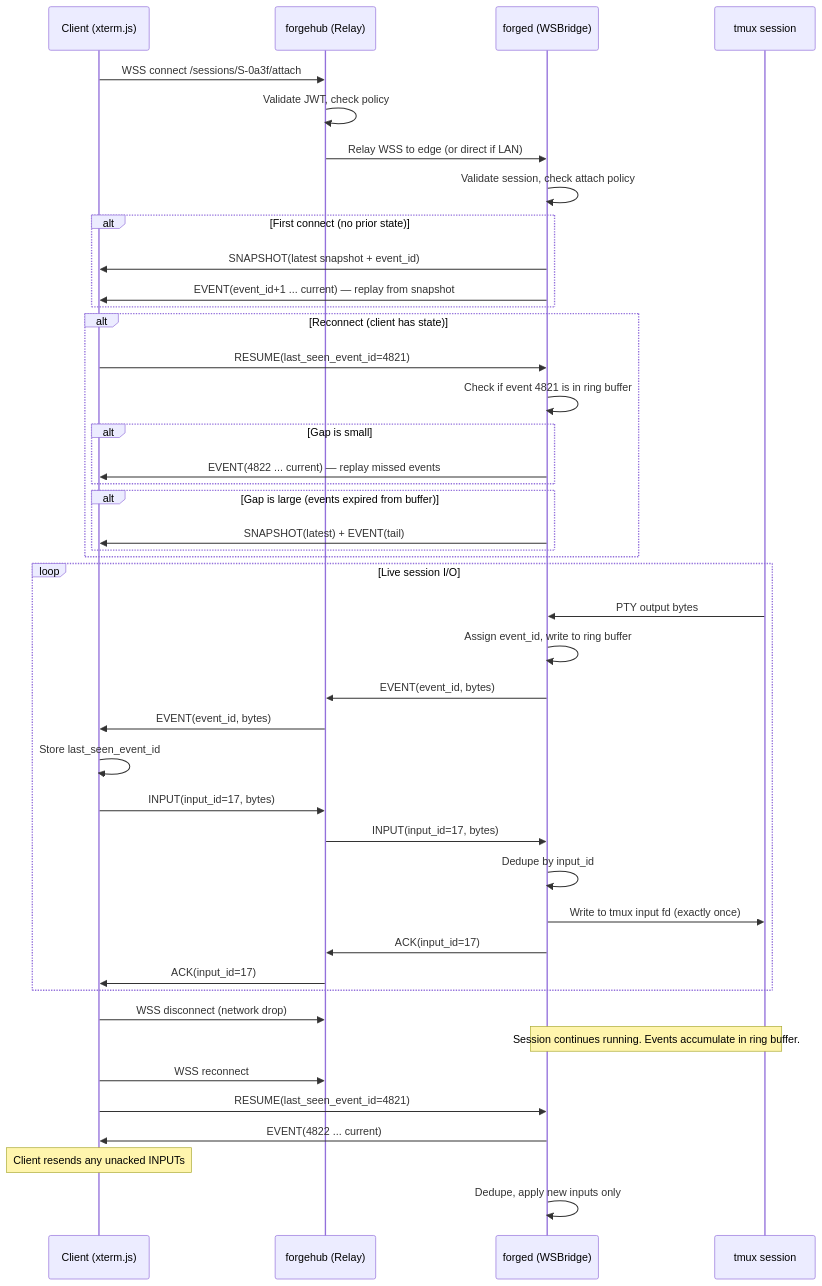
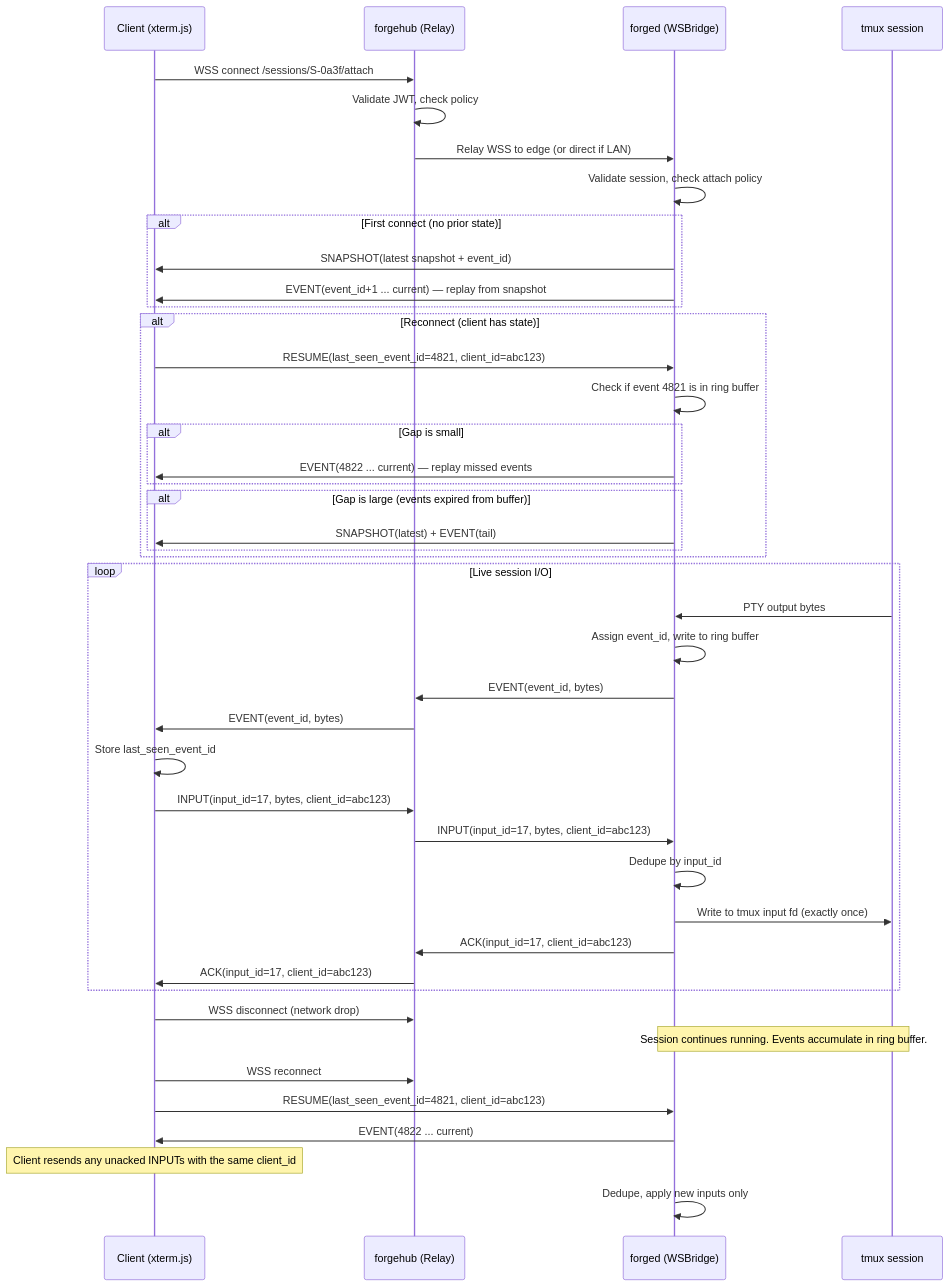
The eighth of 13 diagrams in docs/specs/design.md (jonochang/forgemux), drawn with Mermaid before and after one commit. The commit also changed other lines of this file, not shown here.

````diff
--- a/docs/specs/design.md
+++ b/docs/specs/design.md
@@ -816,51 +816,51 @@
 ```mermaid
 sequenceDiagram
     participant C as Client (xterm.js)
     participant H as forgehub (Relay)
     participant E as forged (WSBridge)
     participant T as tmux session
 
     C->>H: WSS connect /sessions/S-0a3f/attach
     H->>H: Validate JWT, check policy
     H->>E: Relay WSS to edge (or direct if LAN)
     E->>E: Validate session, check attach policy
 
     alt First connect (no prior state)
         E->>C: SNAPSHOT(latest snapshot + event_id)
         E->>C: EVENT(event_id+1 ... current) — replay from snapshot
     end
 
     alt Reconnect (client has state)
-        C->>E: RESUME(last_seen_event_id=4821)
+        C->>E: RESUME(last_seen_event_id=4821, client_id=abc123)
         E->>E: Check if event 4821 is in ring buffer
         alt Gap is small
             E->>C: EVENT(4822 ... current) — replay missed events
         end
         alt Gap is large (events expired from buffer)
             E->>C: SNAPSHOT(latest) + EVENT(tail)
         end
     end
 
     loop Live session I/O
         T->>E: PTY output bytes
         E->>E: Assign event_id, write to ring buffer
         E->>H: EVENT(event_id, bytes)
         H->>C: EVENT(event_id, bytes)
         C->>C: Store last_seen_event_id
 
-        C->>H: INPUT(input_id=17, bytes)
-        H->>E: INPUT(input_id=17, bytes)
+        C->>H: INPUT(input_id=17, bytes, client_id=abc123)
+        H->>E: INPUT(input_id=17, bytes, client_id=abc123)
         E->>E: Dedupe by input_id
         E->>T: Write to tmux input fd (exactly once)
-        E->>H: ACK(input_id=17)
-        H->>C: ACK(input_id=17)
+        E->>H: ACK(input_id=17, client_id=abc123)
+        H->>C: ACK(input_id=17, client_id=abc123)
     end
 
     C->>H: WSS disconnect (network drop)
     Note over E,T: Session continues running. Events accumulate in ring buffer.
     C->>H: WSS reconnect
-    C->>E: RESUME(last_seen_event_id=4821)
+    C->>E: RESUME(last_seen_event_id=4821, client_id=abc123)
     E->>C: EVENT(4822 ... current)
-    Note over C: Client resends any unacked INPUTs
+    Note over C: Client resends any unacked INPUTs with the same client_id
     E->>E: Dedupe, apply new inputs only
 ```
````
